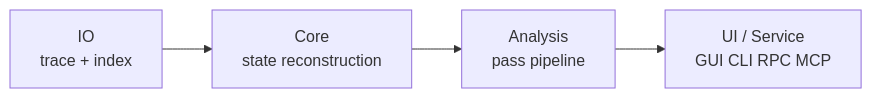
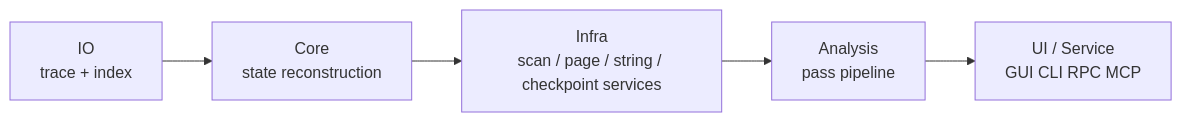
One commit to fuckreverse/retrace changed the diagram in slowmo/DESIGN.md. Above: the diagram before and after it, drawn with Mermaid. The commit also changed other lines of this file and 9 other files, not shown here.

````diff
--- a/slowmo/DESIGN.md
+++ b/slowmo/DESIGN.md
@@ -50,6 +50,7 @@
 ```mermaid
 flowchart LR
     IO[IO\ntrace + index] --> CORE[Core\nstate reconstruction]
-    CORE --> ANA[Analysis\npass pipeline]
+    CORE --> INFRA[Infra\nscan / page / string / checkpoint services]
+    INFRA --> ANA[Analysis\npass pipeline]
     ANA --> UI[UI / Service\nGUI CLI RPC MCP]
 ```
````
